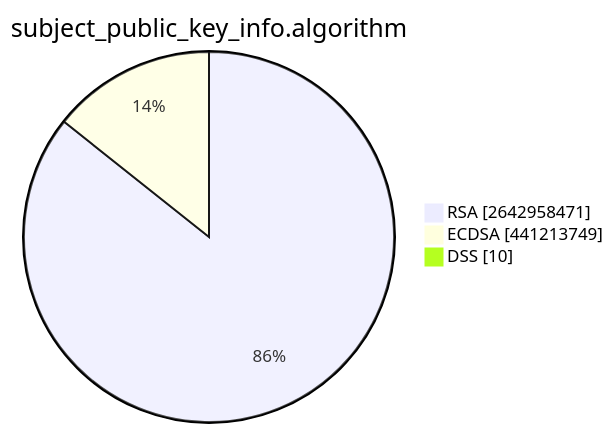
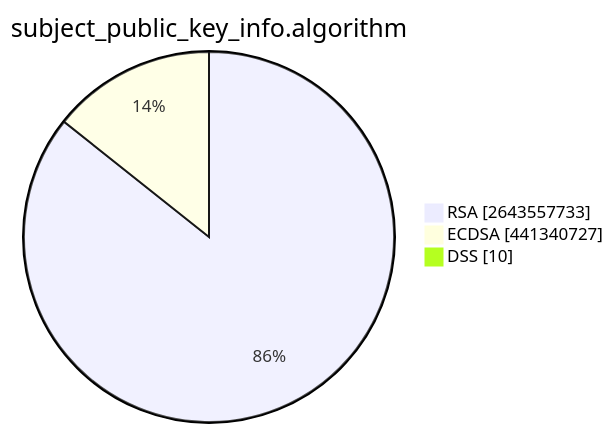
One commit to christiankrug/ctmonitor_visualization changed the second of 15 diagrams in TOTAL/README.md. Above: the diagram before and after it, drawn with Mermaid. The commit also changed other lines of this file, not shown here.

````diff
--- a/TOTAL/README.md
+++ b/TOTAL/README.md
@@ -6,7 +6,7 @@
 ```mermaid
 pie showData
 title subject_public_key_info.algorithm
-"RSA" :2642958471
-"ECDSA" :441213749
+"RSA" :2643557733
+"ECDSA" :441340727
 "DSS" :10
 ```
````
